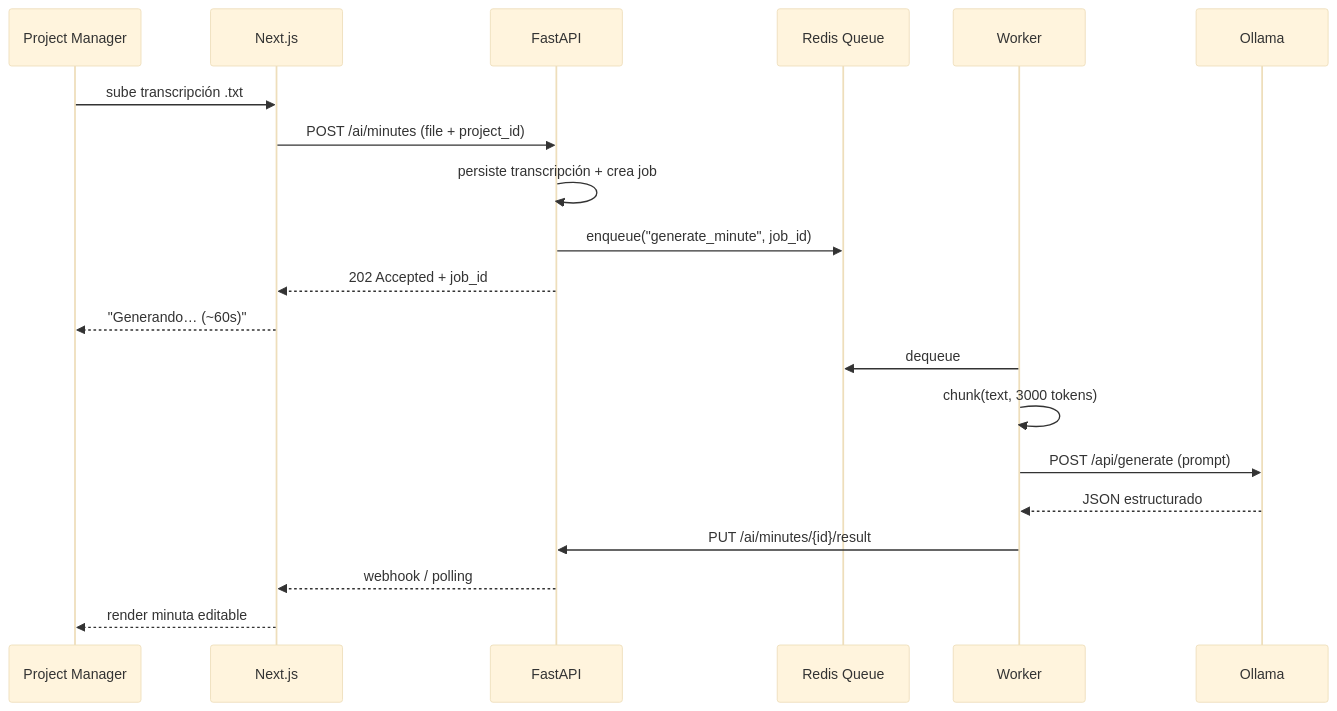
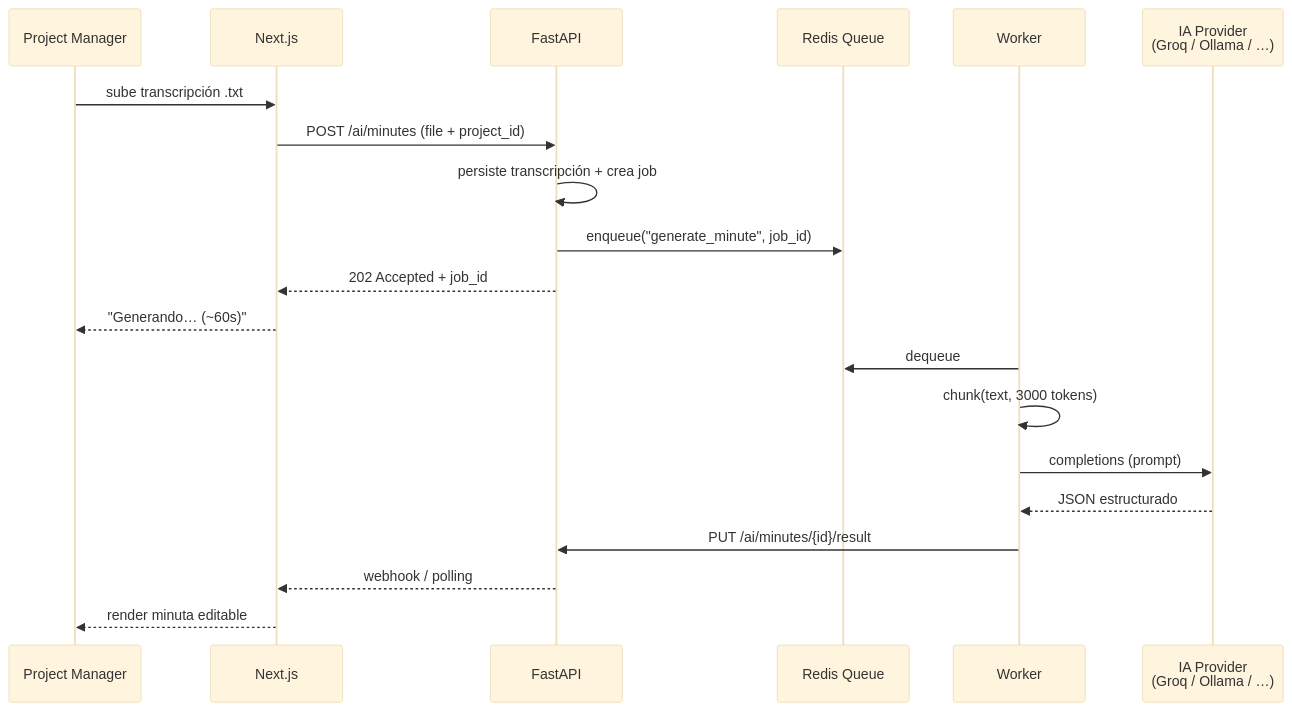
Before and after one commit to xguilxr/pmo_aas: the fifth of 6 diagrams in docs/architecture/README.md, drawn with Mermaid (base theme). The commit also changed other lines of this file and 3 other files, not shown here.

First line of the commit message:
docs(arch): actualiza diagramas y agrega navigation.md

````diff
--- a/docs/architecture/README.md
+++ b/docs/architecture/README.md
@@ -120,23 +126,23 @@
 ```mermaid
 sequenceDiagram
     participant PM as Project Manager
     participant W as Next.js
     participant A as FastAPI
     participant Q as Redis Queue
     participant WK as Worker
-    participant O as Ollama
+    participant P as IA Provider<br/>(Groq / Ollama / …)
 
     PM->>W: sube transcripción .txt
     W->>A: POST /ai/minutes (file + project_id)
     A->>A: persiste transcripción + crea job
     A->>Q: enqueue("generate_minute", job_id)
     A-->>W: 202 Accepted + job_id
     W-->>PM: "Generando… (~60s)"
     WK->>Q: dequeue
     WK->>WK: chunk(text, 3000 tokens)
-    WK->>O: POST /api/generate (prompt)
-    O-->>WK: JSON estructurado
+    WK->>P: completions (prompt)
+    P-->>WK: JSON estructurado
     WK->>A: PUT /ai/minutes/{id}/result
     A-->>W: webhook / polling
     W-->>PM: render minuta editable
 ```
````
